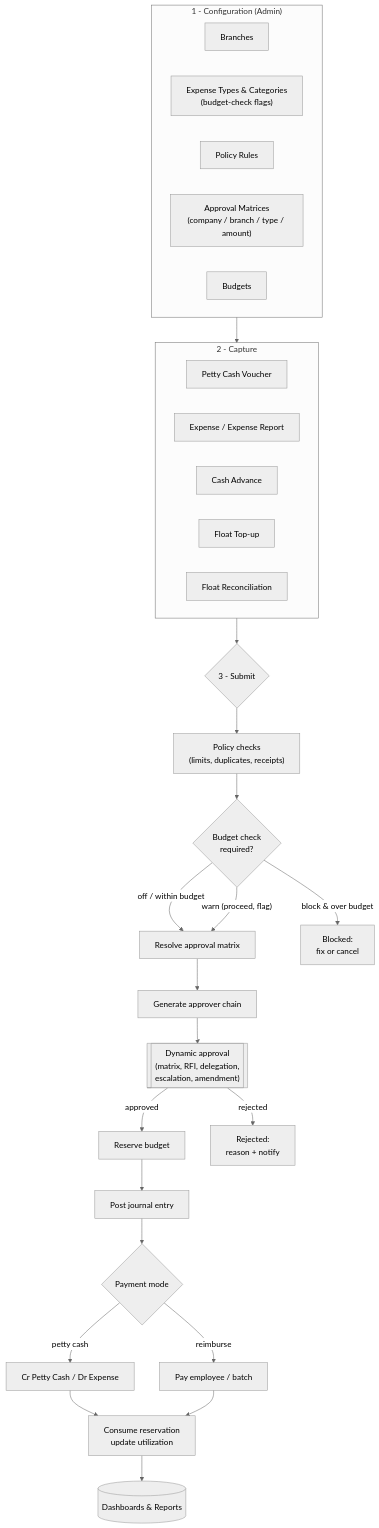
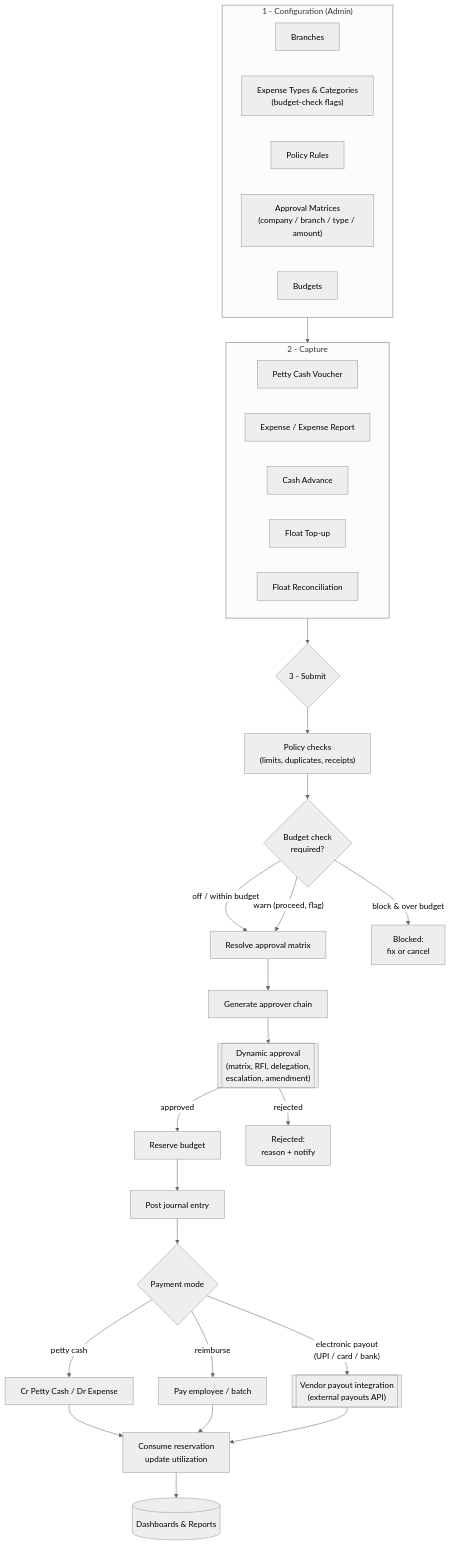
Before and after one commit to arunideen/small_payment_management: the diagram in docs/statement-of-work.md, drawn with Mermaid (neutral theme). The commit also changed other lines of this file and 3 other files, not shown here.

First line of the commit message:
Add vendor electronic payout integration (UPI/cards/bank) research & docs

````diff
--- a/docs/statement-of-work.md
+++ b/docs/statement-of-work.md
@@ -50,37 +50,39 @@
 ```mermaid
 flowchart TD
     subgraph CFG["1 - Configuration (Admin)"]
         A1["Branches"]
         A2["Expense Types & Categories<br/>(budget-check flags)"]
         A3["Policy Rules"]
         A4["Approval Matrices<br/>(company / branch / type / amount)"]
         A5["Budgets"]
     end
 
     subgraph CAP["2 - Capture"]
         B1["Petty Cash Voucher"]
         B2["Expense / Expense Report"]
         B3["Cash Advance"]
         B4["Float Top-up"]
         B5["Float Reconciliation"]
     end
 
     CFG --> CAP
     CAP --> C{"3 - Submit"}
     C --> D["Policy checks<br/>(limits, duplicates, receipts)"]
     D --> E{"Budget check<br/>required?"}
     E -- "off / within budget" --> F["Resolve approval matrix"]
     E -- "warn (proceed, flag)" --> F
     E -- "block & over budget" --> X1["Blocked:<br/>fix or cancel"]
     F --> G["Generate approver chain"]
     G --> H[["Dynamic approval<br/>(matrix, RFI, delegation,<br/>escalation, amendment)"]]
     H -- approved --> I["Reserve budget"]
     I --> J["Post journal entry"]
     J --> K{"Payment mode"}
     K -- "petty cash" --> K1["Cr Petty Cash / Dr Expense"]
     K -- "reimburse" --> K2["Pay employee / batch"]
+    K -- "electronic payout<br/>(UPI / card / bank)" --> K3[["Vendor payout integration<br/>(external payouts API)"]]
     K1 --> L["Consume reservation<br/>update utilization"]
     K2 --> L
+    K3 --> L
     H -- rejected --> X2["Rejected:<br/>reason + notify"]
     L --> M[("Dashboards & Reports")]
 ```
````
